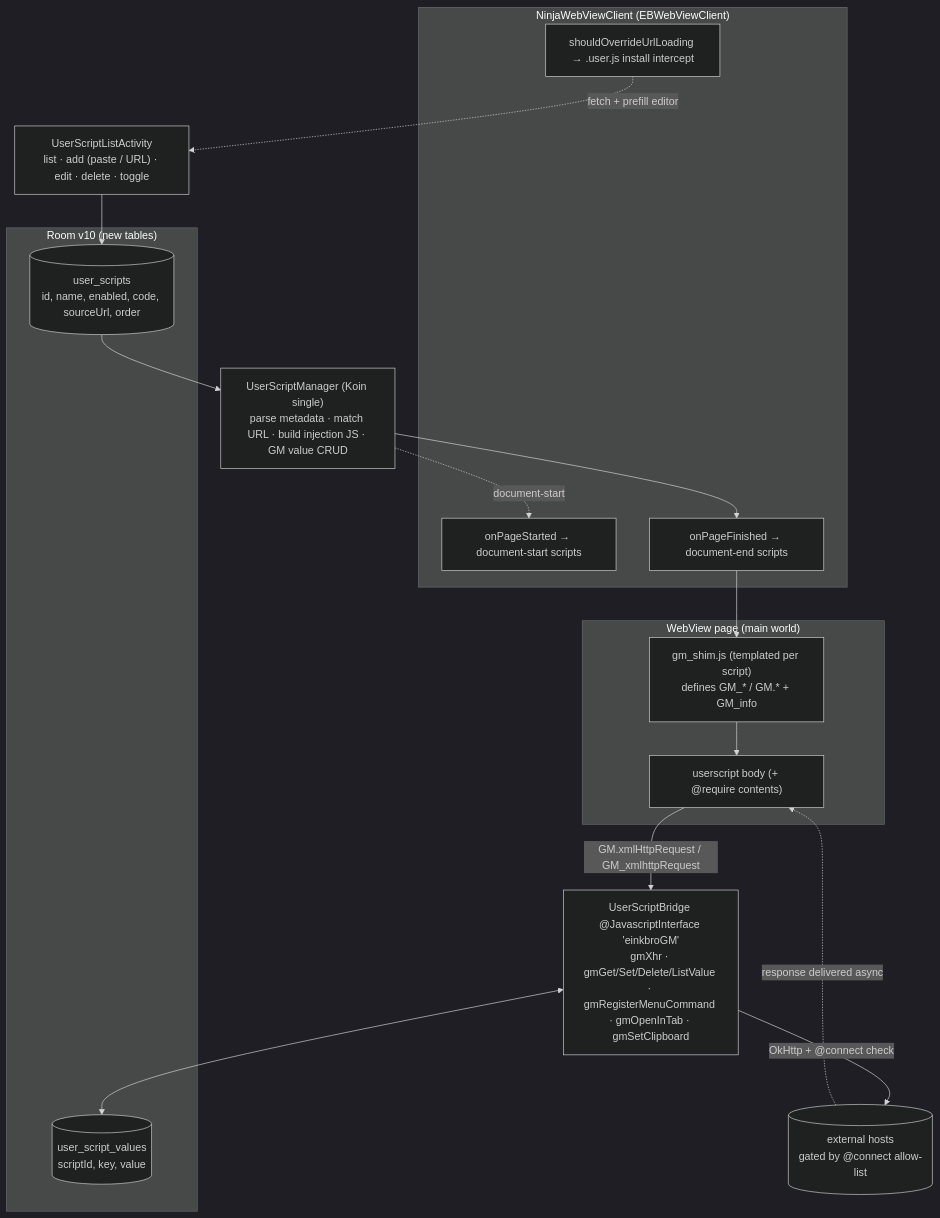
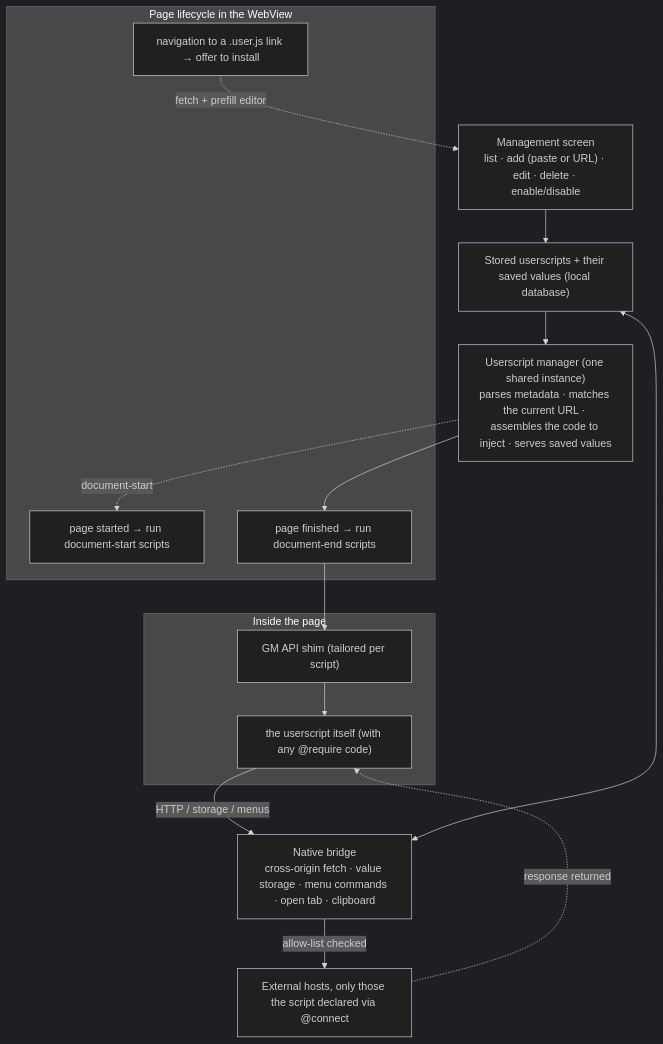
One commit to plateaukao/ADR changed the diagram in einkbro-userscript-engine.md. Above: the diagram before and after it, drawn with Mermaid (dark theme). The commit also changed other lines of this file and 1 other file, not shown here.

First line of the commit message:
docs: revise EinkBro userscript ADRs — drop Key Files, prose-focused

````diff
--- a/einkbro-userscript-engine.md
+++ b/einkbro-userscript-engine.md
@@ -42,34 +44,30 @@
 ```mermaid
 flowchart TB
-    subgraph store["Room v10 (new tables)"]
-        US[(user_scripts<br/>id, name, enabled, code, sourceUrl, order)]
-        KV[(user_script_values<br/>scriptId, key, value)]
+    store["Stored userscripts + their saved values (local database)"]
+    mgr["Userscript manager (one shared instance)<br/>parses metadata · matches the current URL · assembles the code to inject · serves saved values"]
+
+    subgraph client["Page lifecycle in the WebView"]
+        ps["page started → run document-start scripts"]
+        pf["page finished → run document-end scripts"]
+        ov["navigation to a .user.js link → offer to install"]
     end
 
-    MGR["UserScriptManager (Koin single)<br/>parse metadata · match URL · build injection JS · GM value CRUD"]
-
-    subgraph client["NinjaWebViewClient (EBWebViewClient)"]
-        PS["onPageStarted → document-start scripts"]
-        PF["onPageFinished → document-end scripts"]
-        OV["shouldOverrideUrlLoading → .user.js install intercept"]
+    subgraph page["Inside the page"]
+        shim["GM API shim (tailored per script)"]
+        body["the userscript itself (with any @require code)"]
     end
 
-    subgraph page["WebView page (main world)"]
-        SHIM["gm_shim.js (templated per script)<br/>defines GM_* / GM.* + GM_info"]
-        SCRIPT["userscript body (+ @require contents)"]
-    end
+    bridge["Native bridge<br/>cross-origin fetch · value storage · menu commands · open tab · clipboard"]
+    ext["External hosts, only those the script declared via @connect"]
+    ui["Management screen<br/>list · add (paste or URL) · edit · delete · enable/disable"]
 
-    BRIDGE["UserScriptBridge @JavascriptInterface 'einkbroGM'<br/>gmXhr · gmGet/Set/Delete/ListValue · gmRegisterMenuCommand · gmOpenInTab · gmSetClipboard"]
-    EXT[(external hosts<br/>gated by @connect allow-list)]
-    UI["UserScriptListActivity<br/>list · add (paste / URL) · edit · delete · toggle"]
-
-    US --> MGR
-    MGR --> PF --> SHIM --> SCRIPT
-    MGR -.document-start.-> PS
-    SCRIPT -->|GM.xmlHttpRequest / GM_xmlhttpRequest| BRIDGE
-    BRIDGE -->|OkHttp + @connect check| EXT
-    EXT -.->|response delivered async| SCRIPT
-    BRIDGE <--> KV
-    UI --> US
-    OV -.->|fetch + prefill editor| UI
+    store --> mgr
+    mgr --> pf --> shim --> body
+    mgr -.document-start.-> ps
+    body -->|HTTP / storage / menus| bridge
+    bridge -->|allow-list checked| ext
+    ext -.->|response returned| body
+    bridge <--> store
+    ui --> store
+    ov -.->|fetch + prefill editor| ui
 ```
````
